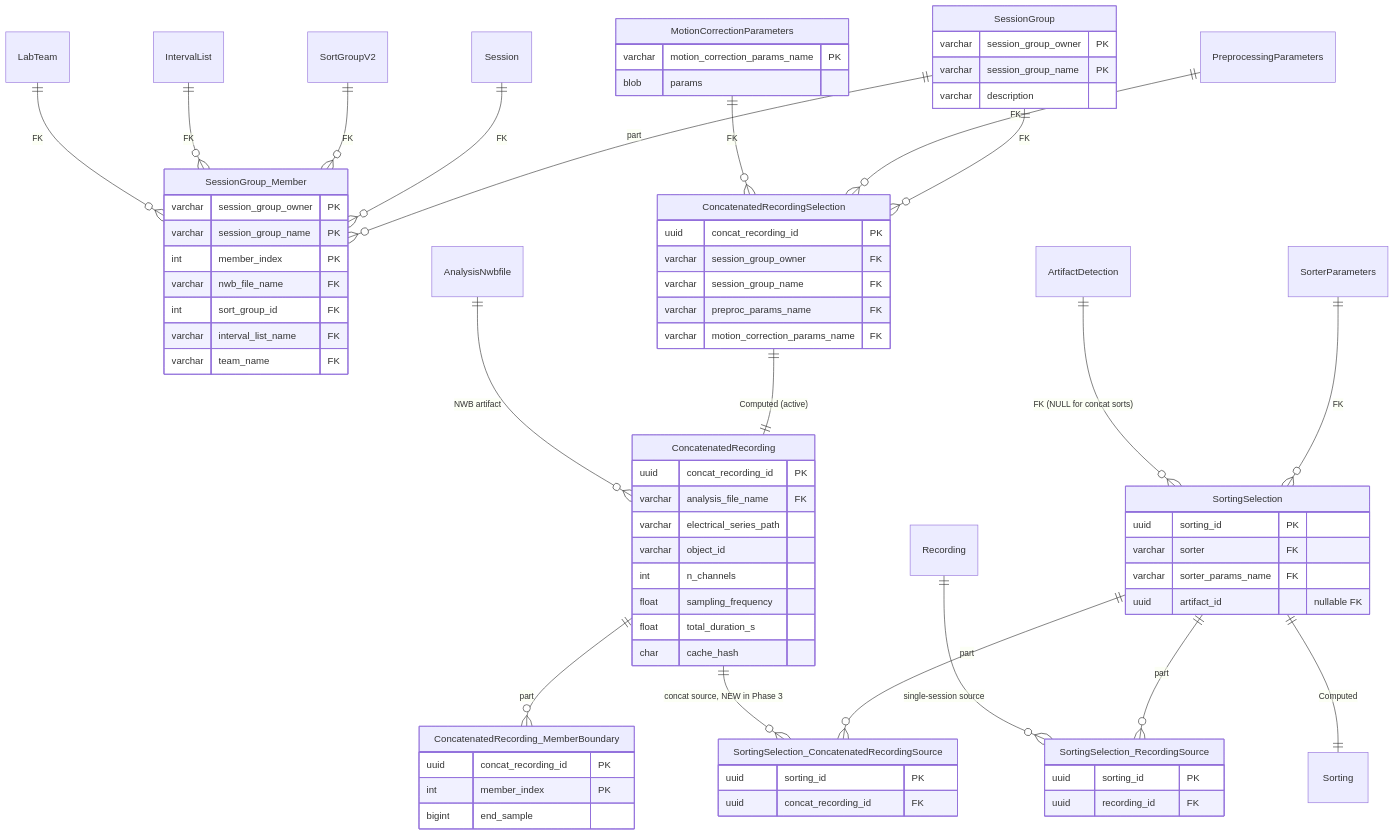
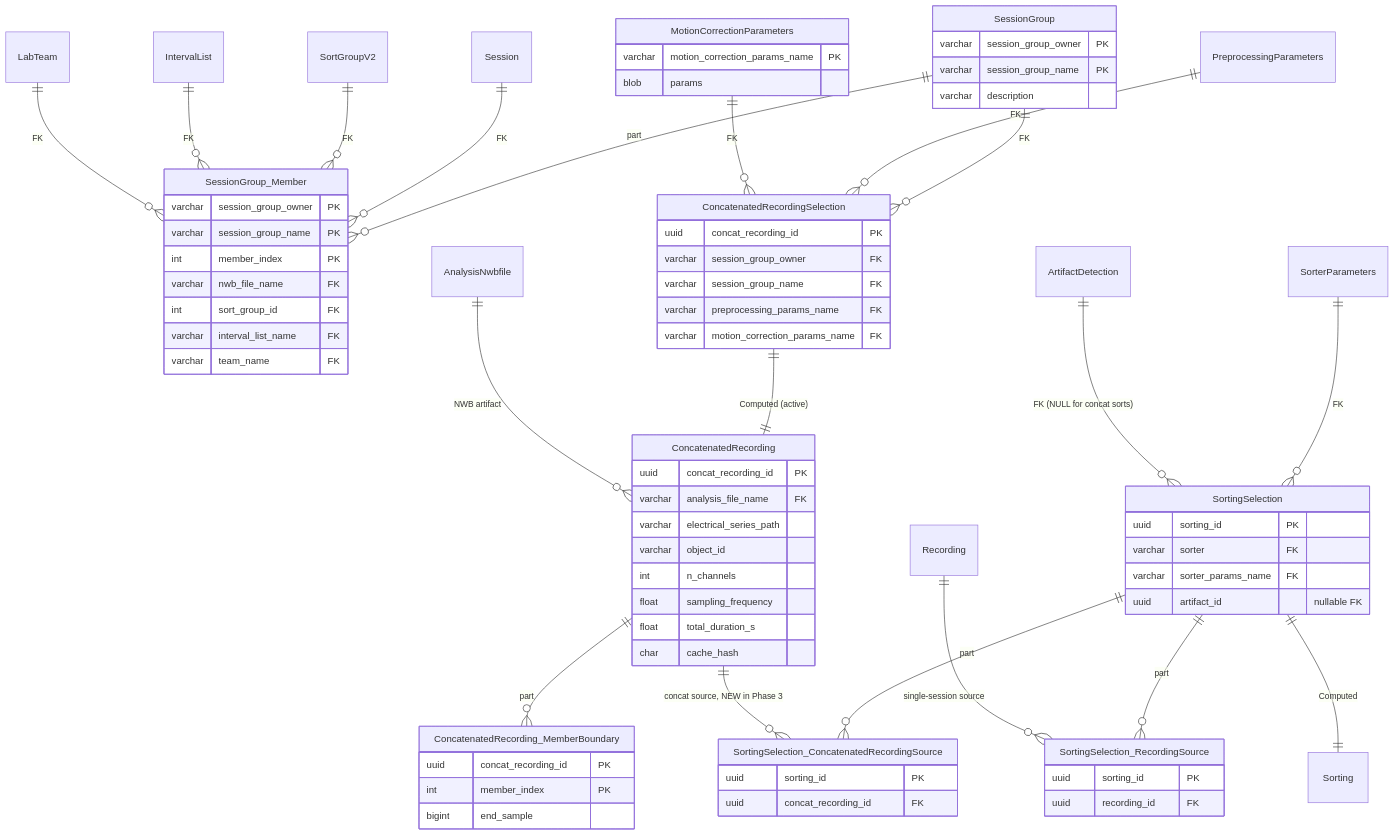
Before and after one commit to LorenFrankLab/spyglass: the first of 2 diagrams in .claude/docs/plans/spikesorting-v2/diagrams/03-phase-3.md, drawn with Mermaid. The commit also changed 21 other files, not shown here.

````diff
--- a/.claude/docs/plans/spikesorting-v2/diagrams/03-phase-3.md
+++ b/.claude/docs/plans/spikesorting-v2/diagrams/03-phase-3.md
@@ -17,81 +17,81 @@
 ```mermaid
 erDiagram
     %% ===== From Phase 1 =====
 
     %% ===== Schema declared Phase 1, ACTIVATED Phase 3 =====
     SessionGroup {
         varchar session_group_owner PK
         varchar session_group_name PK
         varchar description
     }
     SessionGroup_Member {
         varchar session_group_owner PK
         varchar session_group_name PK
         int member_index PK
         varchar nwb_file_name FK
         int sort_group_id FK
         varchar interval_list_name FK
         varchar team_name FK
     }
     MotionCorrectionParameters {
         varchar motion_correction_params_name PK
         blob params
     }
     ConcatenatedRecordingSelection {
         uuid concat_recording_id PK
         varchar session_group_owner FK
         varchar session_group_name FK
-        varchar preproc_params_name FK
+        varchar preprocessing_params_name FK
         varchar motion_correction_params_name FK
     }
     ConcatenatedRecording {
         uuid concat_recording_id PK
         varchar analysis_file_name FK
         varchar electrical_series_path
         varchar object_id
         int n_channels
         float sampling_frequency
         float total_duration_s
         char cache_hash
     }
     ConcatenatedRecording_MemberBoundary {
         uuid concat_recording_id PK
         int member_index PK
         bigint end_sample
     }
     SortingSelection {
         uuid sorting_id PK
         varchar sorter FK
         varchar sorter_params_name FK
         uuid artifact_id "nullable FK"
     }
     SortingSelection_RecordingSource {
         uuid sorting_id PK
         uuid recording_id FK
     }
     SortingSelection_ConcatenatedRecordingSource {
         uuid sorting_id PK
         uuid concat_recording_id FK
     }
 
     SessionGroup ||--o{ SessionGroup_Member : "part"
     Session ||--o{ SessionGroup_Member : "FK"
     SortGroupV2 ||--o{ SessionGroup_Member : "FK"
     IntervalList ||--o{ SessionGroup_Member : "FK"
     LabTeam ||--o{ SessionGroup_Member : "FK"
     SessionGroup ||--o{ ConcatenatedRecordingSelection : "FK"
     PreprocessingParameters ||--o{ ConcatenatedRecordingSelection : "FK"
     MotionCorrectionParameters ||--o{ ConcatenatedRecordingSelection : "FK"
     ConcatenatedRecordingSelection ||--|| ConcatenatedRecording : "Computed (active)"
     ConcatenatedRecording ||--o{ ConcatenatedRecording_MemberBoundary : "part"
     AnalysisNwbfile ||--o{ ConcatenatedRecording : "NWB artifact"
 
     %% ===== The concat source part is now accepted =====
     SortingSelection ||--o{ SortingSelection_RecordingSource : "part"
     SortingSelection ||--o{ SortingSelection_ConcatenatedRecordingSource : "part"
     Recording ||--o{ SortingSelection_RecordingSource : "single-session source"
     ConcatenatedRecording ||--o{ SortingSelection_ConcatenatedRecordingSource : "concat source, NEW in Phase 3"
     SorterParameters ||--o{ SortingSelection : "FK"
     ArtifactDetection ||--o{ SortingSelection : "FK (NULL for concat sorts)"
     SortingSelection ||--|| Sorting : "Computed"
 ```
````
